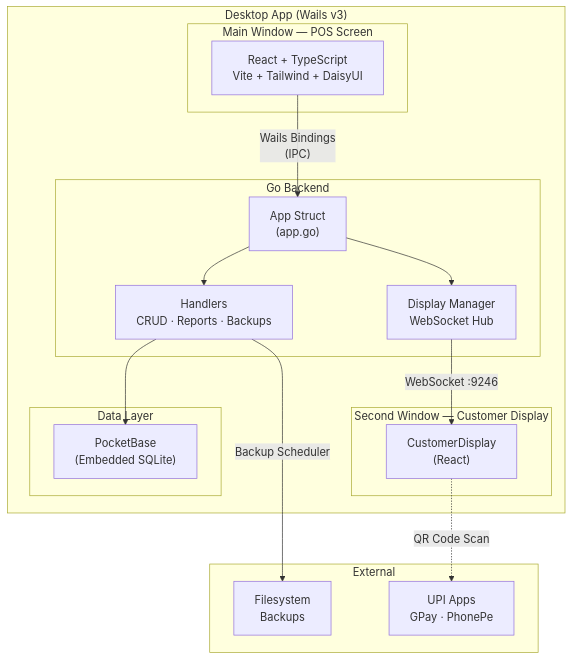
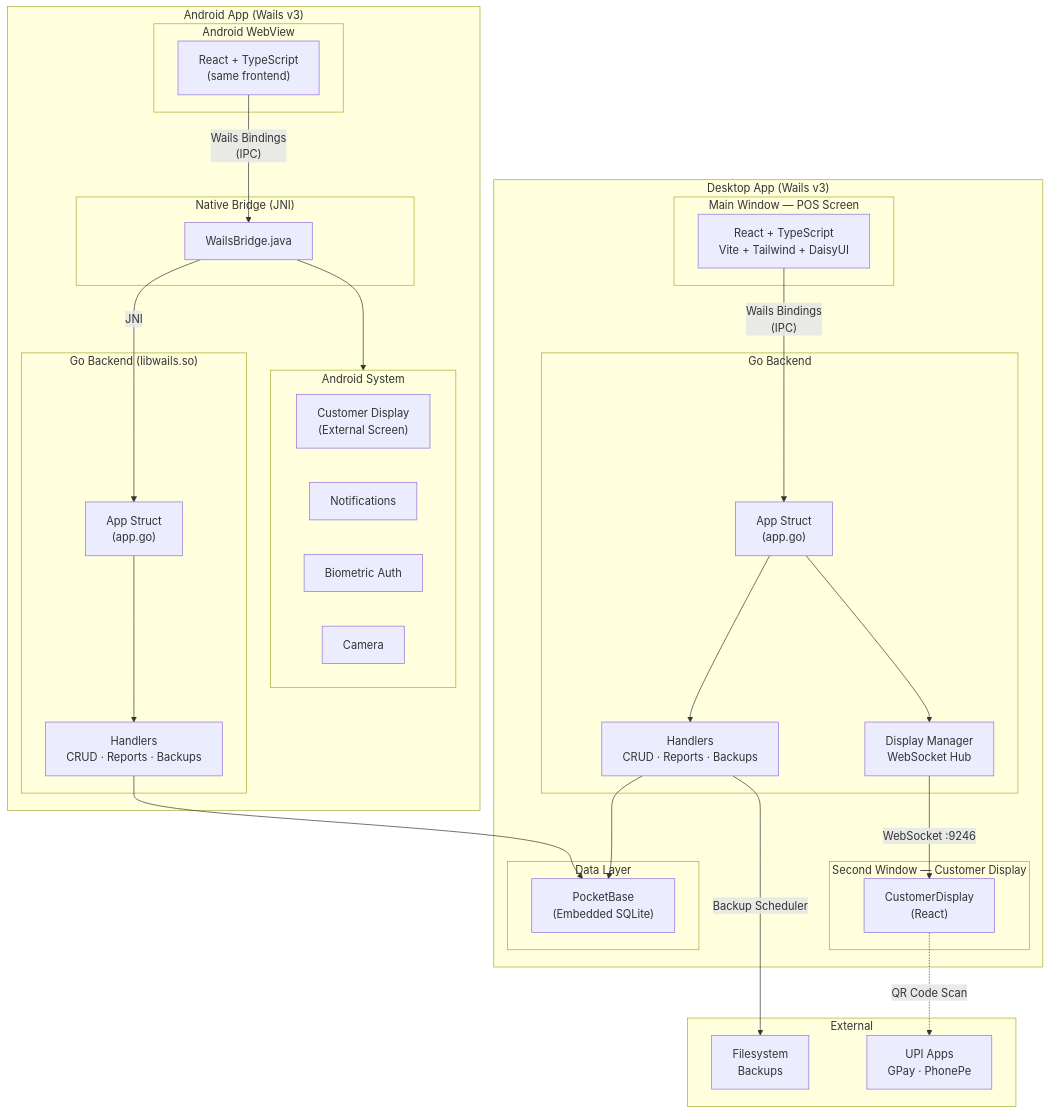
The first of 2 diagrams in README.md (0yk0/one_man_shop), drawn with Mermaid before and after one commit. The commit also changed other lines of this file and 21 other files, not shown here.

````diff
--- a/README.md
+++ b/README.md
@@ -30,35 +30,63 @@
 ```mermaid
 graph TB
     subgraph Desktop["Desktop App (Wails v3)"]
         subgraph Main["Main Window — POS Screen"]
             ReactFE["React + TypeScript<br/>Vite + Tailwind + DaisyUI"]
         end
 
         subgraph SecondWin["Second Window — Customer Display"]
             CustDisp["CustomerDisplay<br/>(React)"]
         end
 
         subgraph Backend["Go Backend"]
             AppStruct["App Struct<br/>(app.go)"]
             Handlers["Handlers<br/>CRUD · Reports · Backups"]
             DisplayMgr["Display Manager<br/>WebSocket Hub"]
         end
 
         subgraph Data["Data Layer"]
             PB["PocketBase<br/>(Embedded SQLite)"]
         end
     end
 
+    subgraph AndroidApp["Android App (Wails v3)"]
+        subgraph WebView["Android WebView"]
+            AndroidFE["React + TypeScript<br/>(same frontend)"]
+        end
+
+        subgraph Bridge["Native Bridge (JNI)"]
+            WailsBridge["WailsBridge.java"]
+        end
+
+        subgraph GoBackend["Go Backend (libwails.so)"]
+            AndroidAppStruct["App Struct<br/>(app.go)"]
+            AndroidHandlers["Handlers<br/>CRUD · Reports · Backups"]
+        end
+
+        subgraph AndroidSys["Android System"]
+            Presentation["Customer Display<br/>(External Screen)"]
+            Notif["Notifications"]
+            Bio["Biometric Auth"]
+            Camera["Camera"]
+        end
+    end
+
     subgraph External["External"]
         FS["Filesystem<br/>Backups"]
         UPI["UPI Apps<br/>GPay · PhonePe"]
     end
 
     ReactFE -->|"Wails Bindings<br/>(IPC)"| AppStruct
     AppStruct --> Handlers
     Handlers --> PB
     Handlers -->|"Backup Scheduler"| FS
     AppStruct --> DisplayMgr
     DisplayMgr -->|"WebSocket :9246"| CustDisp
     CustDisp -.->|"QR Code Scan"| UPI
+
+    AndroidFE -->|"Wails Bindings<br/>(IPC)"| WailsBridge
+    WailsBridge -->|"JNI"| AndroidAppStruct
+    AndroidAppStruct --> AndroidHandlers
+    AndroidHandlers --> PB
+    WailsBridge --> AndroidSys
 ```
````
